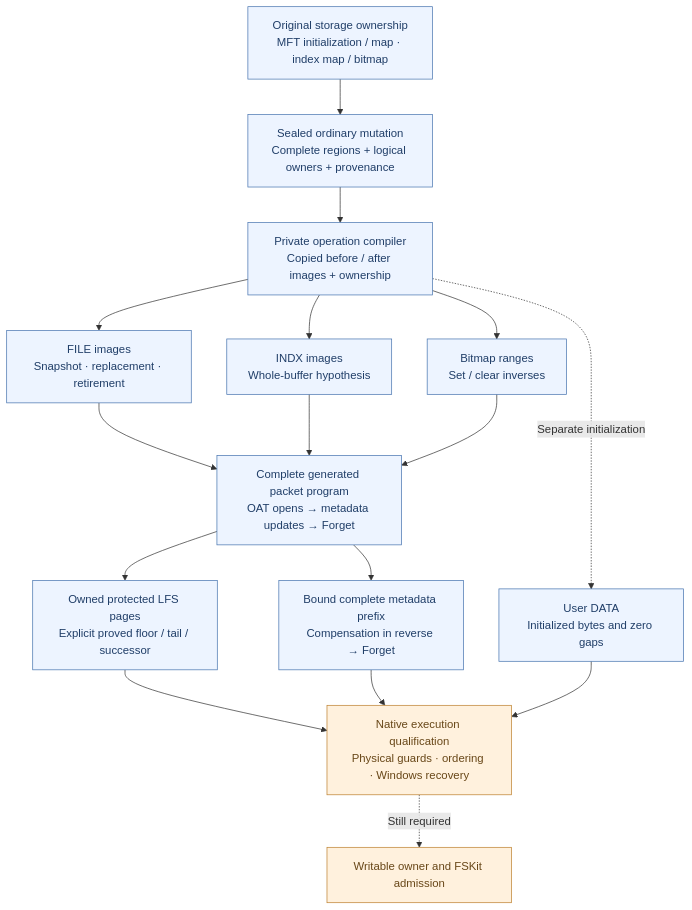
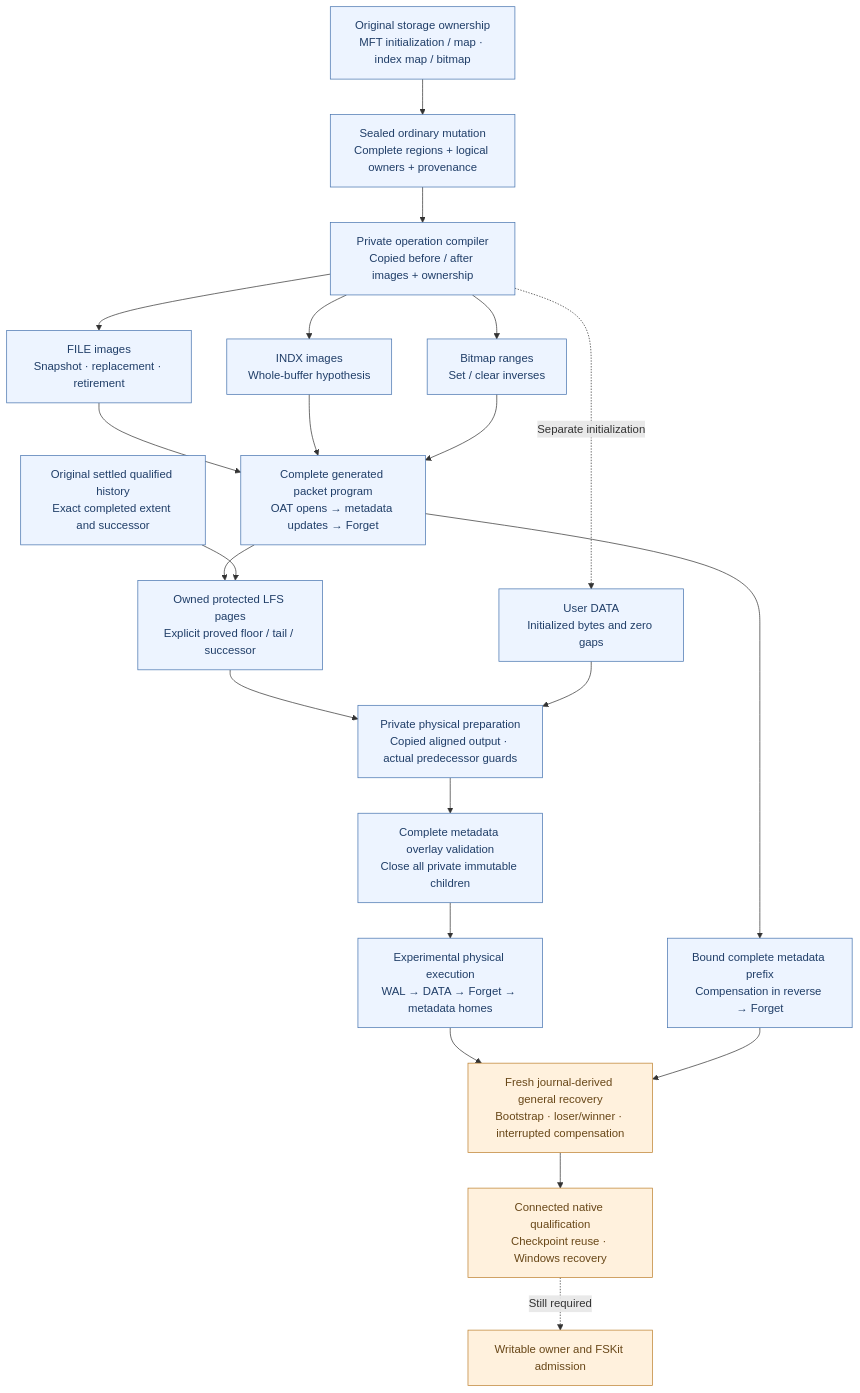
Before and after one commit to machlin-project/ntfs: the diagram in docs/format/diagrams/mutation-program.mmd, drawn with Mermaid. The commit also changed 15 other files, not shown here.

```diff
--- a/docs/format/diagrams/mutation-program.mmd
+++ b/docs/format/diagrams/mutation-program.mmd
@@ -1,20 +1,25 @@
 flowchart TB
     O["Original storage ownership\nMFT initialization / map · index map / bitmap"] --> S["Sealed ordinary mutation\nComplete regions + logical owners + provenance"]
     S --> C["Private operation compiler\nCopied before / after images + ownership"]
     C --> F["FILE images\nSnapshot · replacement · retirement"]
     C --> I["INDX images\nWhole-buffer hypothesis"]
     C --> B["Bitmap ranges\nSet / clear inverses"]
     F --> P["Complete generated packet program\nOAT opens → metadata updates → Forget"]
     I --> P
     B --> P
     P --> J["Owned protected LFS pages\nExplicit proved floor / tail / successor"]
+    H["Original settled qualified history\nExact completed extent and successor"] --> J
     P --> U["Bound complete metadata prefix\nCompensation in reverse → Forget"]
-    J --> G["Native execution qualification\nPhysical guards · ordering · Windows recovery"]
-    U --> G
+    J --> E["Private physical preparation\nCopied aligned output · actual predecessor guards"]
     C -. "Separate initialization" .-> D["User DATA\nInitialized bytes and zero gaps"]
-    D --> G
+    D --> E
+    E --> V["Complete metadata overlay validation\nClose all private immutable children"]
+    V --> X["Experimental physical execution\nWAL → DATA → Forget → metadata homes"]
+    X --> R["Fresh journal-derived general recovery\nBootstrap · loser/winner · interrupted compensation"]
+    U --> R
+    R --> G["Connected native qualification\nCheckpoint reuse · Windows recovery"]
     G -. "Still required" .-> A["Writable owner and FSKit admission"]
     classDef private fill:#edf4ff,stroke:#4774af,color:#203e68
     classDef gate fill:#fff1dd,stroke:#bd8130,color:#684718
-    class O,S,C,F,I,B,P,J,U,D private
-    class G,A gate
+    class O,S,C,F,I,B,P,J,U,D,H,E,V,X private
+    class R,G,A gate
```
